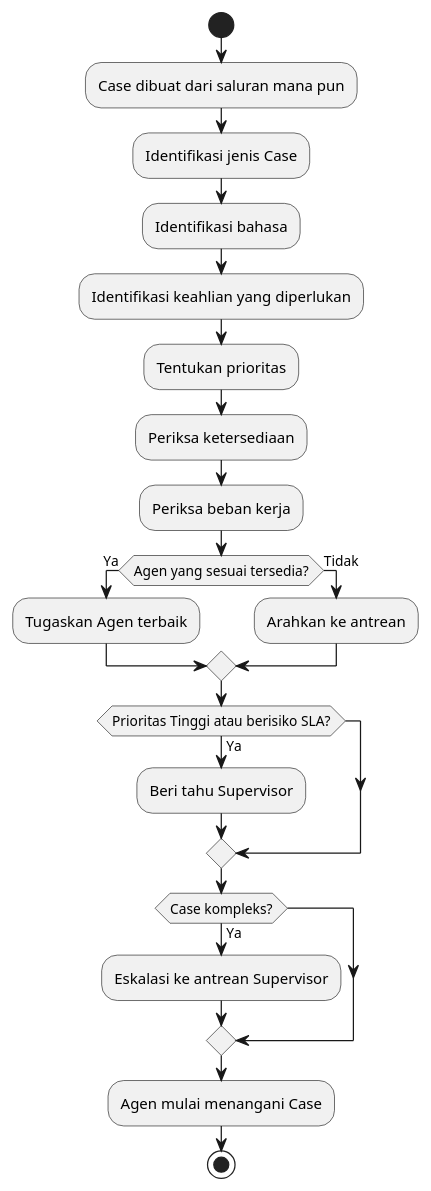
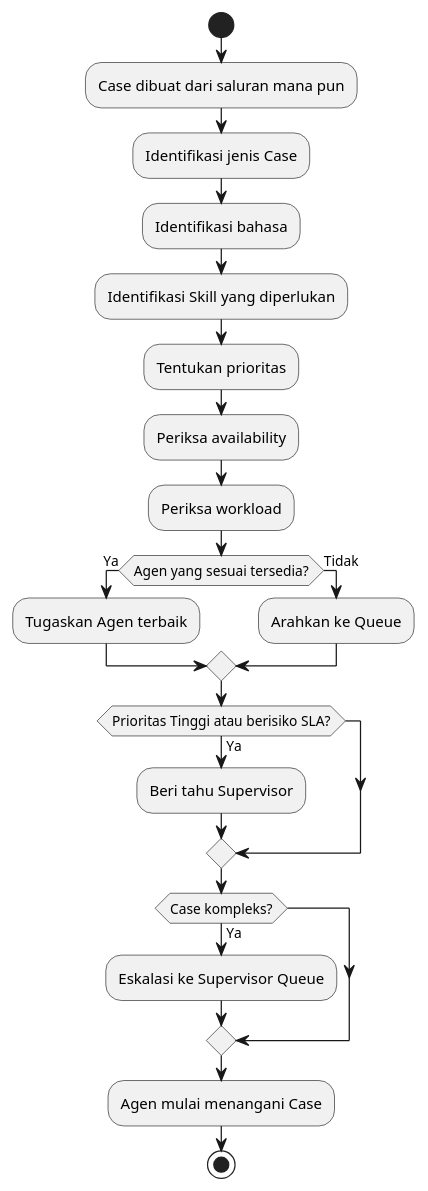
The ninth of 26 diagrams in doc/SADD Task 2 - Bahasa Indonesia.md (jimmytobing/virtusa), drawn with PlantUML before and after one commit. The commit also changed other lines of this file, not shown here.

````diff
--- a/doc/SADD Task 2 - Bahasa Indonesia.md
+++ b/doc/SADD Task 2 - Bahasa Indonesia.md
@@ -585,31 +587,31 @@
 ```plantuml
 @startuml
 start
 
 :Case dibuat dari saluran mana pun;
 :Identifikasi jenis Case;
 :Identifikasi bahasa;
-:Identifikasi keahlian yang diperlukan;
+:Identifikasi Skill yang diperlukan;
 :Tentukan prioritas;
-:Periksa ketersediaan;
-:Periksa beban kerja;
+:Periksa availability;
+:Periksa workload;
 
 if (Agen yang sesuai tersedia?) then (Ya)
   :Tugaskan Agen terbaik;
 else (Tidak)
-  :Arahkan ke antrean;
+  :Arahkan ke Queue;
 endif
 
 if (Prioritas Tinggi atau berisiko SLA?) then (Ya)
   :Beri tahu Supervisor;
 endif
 
 if (Case kompleks?) then (Ya)
-  :Eskalasi ke antrean Supervisor;
+  :Eskalasi ke Supervisor Queue;
 endif
 
 :Agen mulai menangani Case;
 
 stop
 @enduml
 ```
````
